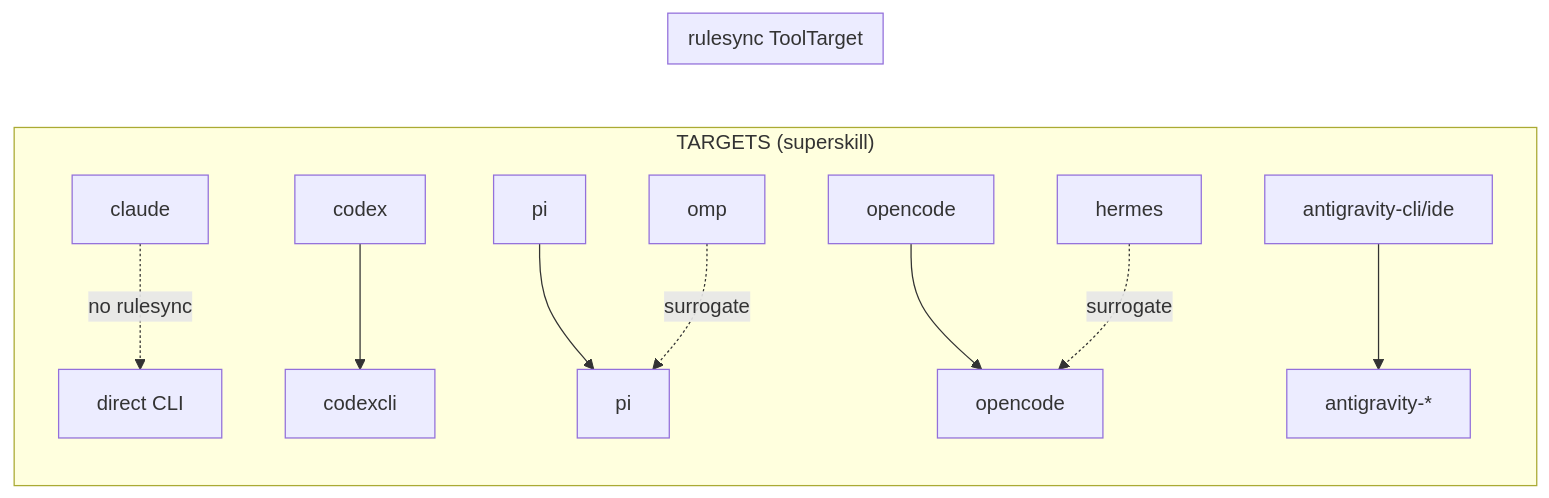
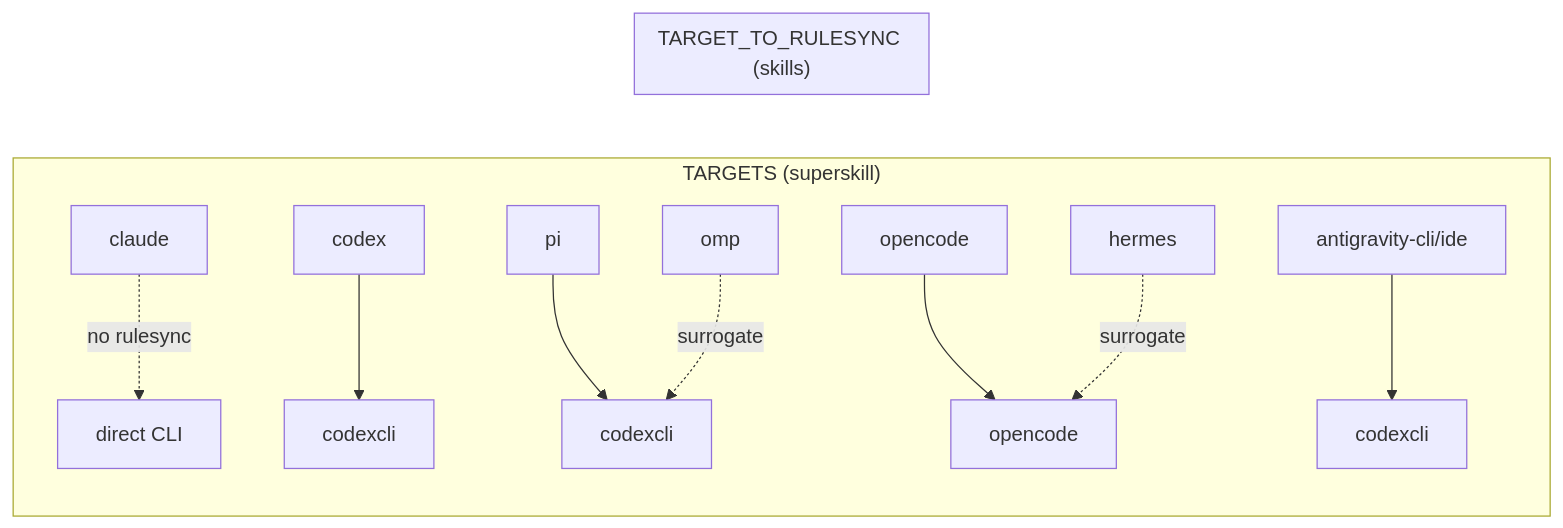
One commit to gobing-ai/superskill changed the second of 4 diagrams in docs/help/cmd_install.md. Above: the diagram before and after it, drawn with Mermaid. The commit also changed other lines of this file and 5 other files, not shown here.

````diff
--- a/docs/help/cmd_install.md
+++ b/docs/help/cmd_install.md
@@ -136,18 +136,18 @@
 ```mermaid
 flowchart LR
     subgraph "TARGETS (superskill)"
         CL[claude] -.->|"no rulesync"| DIRECT[direct CLI]
         CX[codex] --> RCX[codexcli]
-        PI[pi] --> RPI[pi]
+        PI[pi] --> RPI[codexcli]
         OC[opencode] --> ROC[opencode]
-        AG[antigravity-cli/ide] --> RAG[antigravity-*]
+        AG[antigravity-cli/ide] --> RAG[codexcli]
         OMP[omp] -.->|"surrogate"| RPI
         HE[hermes] -.->|"surrogate"| ROC
     end
-    subgraph "rulesync ToolTarget"
+    subgraph "TARGET_TO_RULESYNC (skills)"
         RCX
         RPI
         ROC
         RAG
     end
 ```
````
